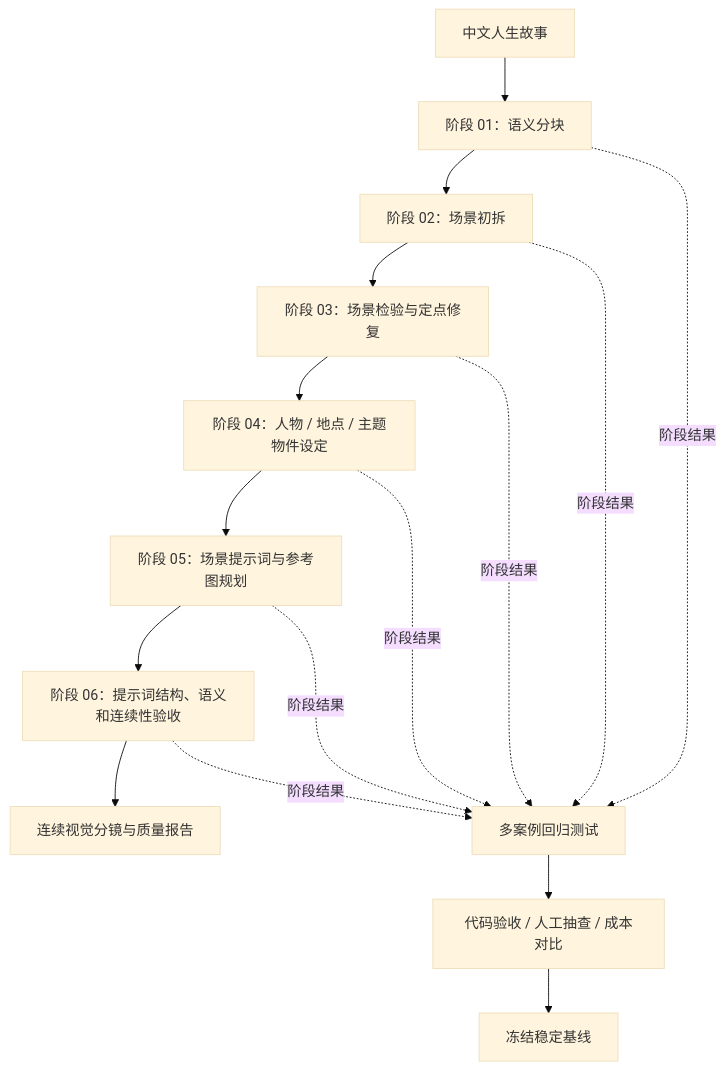
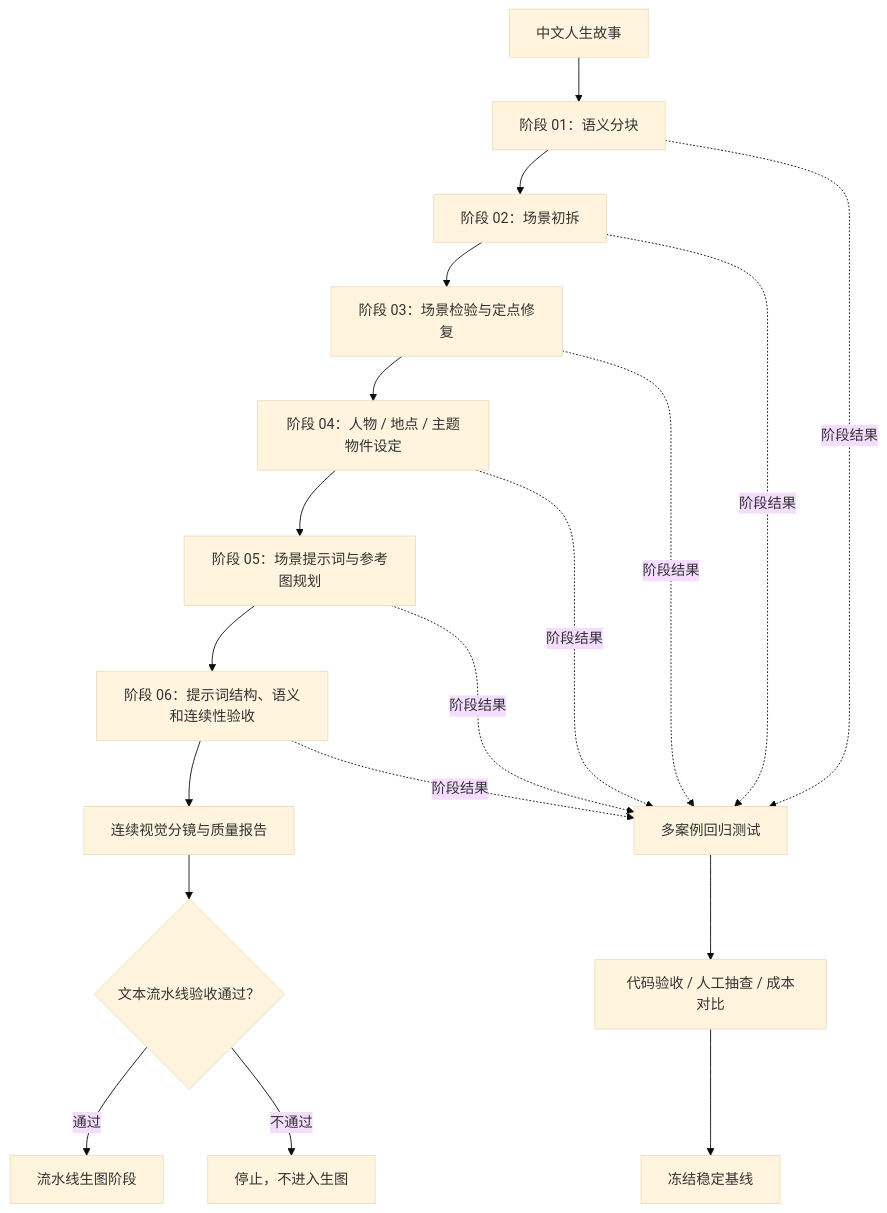
One commit to mayikanga/ai-narrative-pipeline-portfolio changed the diagram in README.md. Above: the diagram before and after it, drawn with Mermaid (base theme).

Commit message:
补充验收通过后的生图分支

````diff
--- a/README.md
+++ b/README.md
@@ -66,19 +66,23 @@
 ```mermaid
 flowchart TB
     A["中文人生故事"] --> B["阶段 01：语义分块"]
     B --> C["阶段 02：场景初拆"]
     C --> D["阶段 03：场景检验与定点修复"]
     D --> E["阶段 04：人物 / 地点 / 主题物件设定"]
     E --> F["阶段 05：场景提示词与参考图规划"]
     F --> G["阶段 06：提示词结构、语义和连续性验收"]
     G --> H["连续视觉分镜与质量报告"]
 
     B -.阶段结果.-> R["多案例回归测试"]
     C -.阶段结果.-> R
     D -.阶段结果.-> R
     E -.阶段结果.-> R
     F -.阶段结果.-> R
     G -.阶段结果.-> R
     R --> S["代码验收 / 人工抽查 / 成本对比"]
     S --> T["冻结稳定基线"]
+
+    H --> Q{"文本流水线验收通过？"}
+    Q -->|"通过"| I["流水线生图阶段"]
+    Q -->|"不通过"| X["停止，不进入生图"]
 ```
````
